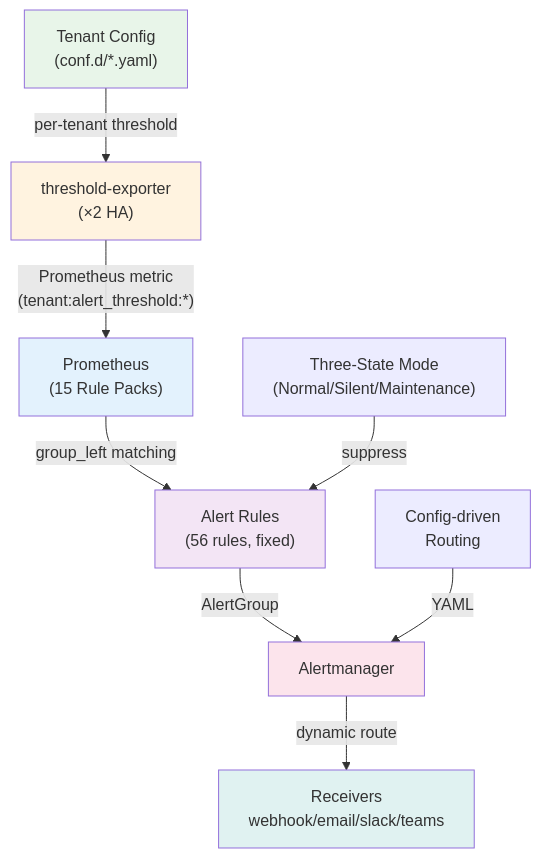
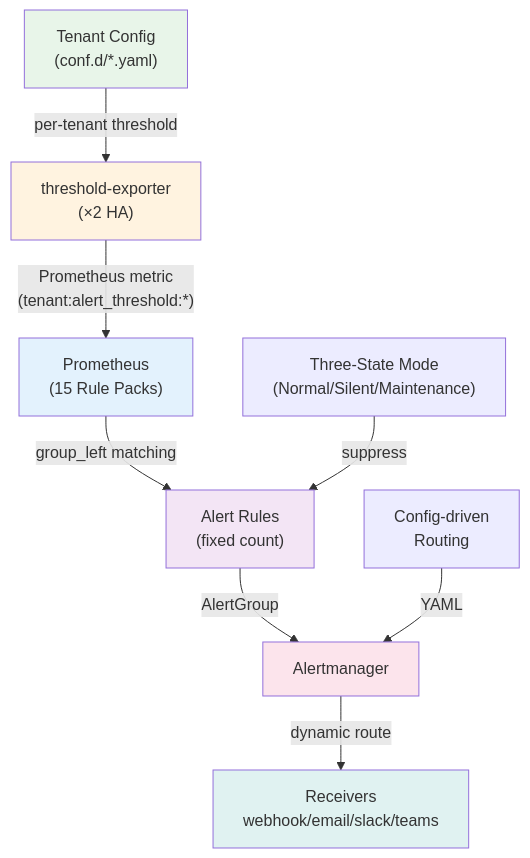
The diagram in docs/index.en.md (vencil/Dynamic-Alerting-Integrations), drawn with Mermaid before and after one commit. The commit also changed other lines of this file and 351 other files, not shown here.

````diff
--- a/docs/index.en.md
+++ b/docs/index.en.md
@@ -228,18 +83,18 @@
 ```mermaid
 graph TB
     A["Tenant Config\n(conf.d/*.yaml)"] -->|per-tenant threshold| B["threshold-exporter\n(×2 HA)"]
     B -->|"Prometheus metric\n(tenant:alert_threshold:*)"| C["Prometheus\n(15 Rule Packs)"]
-    C -->|group_left matching| D["Alert Rules\n(56 rules, fixed)"]
+    C -->|group_left matching| D["Alert Rules\n(fixed count)"]
     D -->|AlertGroup| E["Alertmanager"]
     E -->|dynamic route| F["Receivers\nwebhook/email/slack/teams"]
 
     G["Config-driven\nRouting"] -->|YAML| E
     H["Three-State Mode\n(Normal/Silent/Maintenance)"] -->|suppress| D
 
     style A fill:#e8f5e9
     style B fill:#fff3e0
     style C fill:#e3f2fd
     style D fill:#f3e5f5
     style E fill:#fce4ec
     style F fill:#e0f2f1
 ```
````
